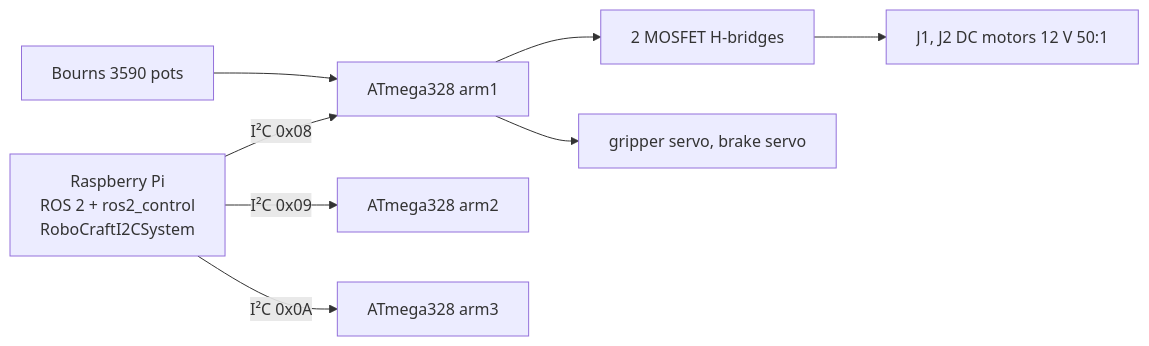
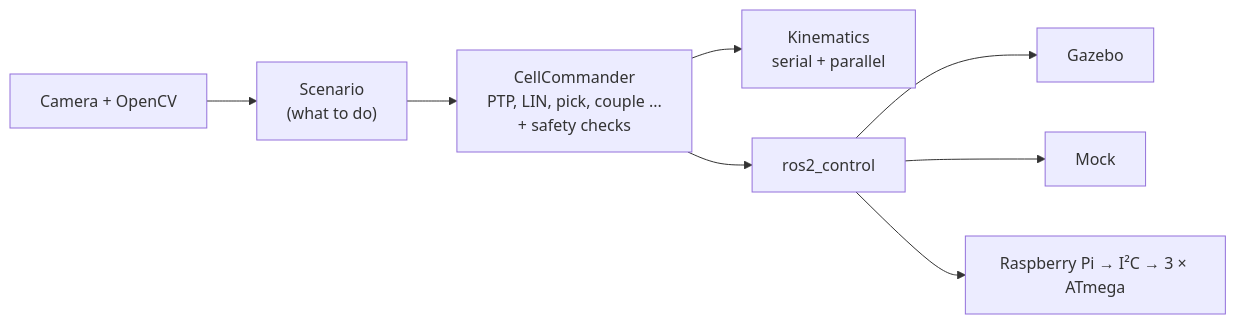
One commit to basheeraltawil/Bachelor_of_Mechatronics_Engineering_Project changed the diagram in README.md. Above: the diagram before and after it, drawn with Mermaid. The commit also changed other lines of this file and 18 other files, not shown here.

````diff
--- a/README.md
+++ b/README.md
@@ -395,9 +82,10 @@
 ```mermaid
 flowchart LR
-    PI["Raspberry Pi<br/>ROS 2 + ros2_control<br/>RoboCraftI2CSystem"] -- "I²C 0x08" --> U1["ATmega328 arm1"]
-    PI -- "I²C 0x09" --> U2["ATmega328 arm2"]
-    PI -- "I²C 0x0A" --> U3["ATmega328 arm3"]
-    U1 --> HB1["2 MOSFET H-bridges"] --> M1["J1, J2 DC motors 12 V 50:1"]
-    P1["Bourns 3590 pots"] --> U1
-    U1 --> S1["gripper servo, brake servo"]
+    SC["Scenario<br/>(what to do)"] --> CMD["CellCommander<br/>PTP, LIN, pick, couple ...<br/>+ safety checks"]
+    CAM["Camera + OpenCV"] --> SC
+    CMD --> KIN["Kinematics<br/>serial + parallel"]
+    CMD --> RC["ros2_control"]
+    RC --> SIM["Gazebo"]
+    RC --> MOCK["Mock"]
+    RC --> REAL["Raspberry Pi → I²C → 3 × ATmega"]
 ```
````
